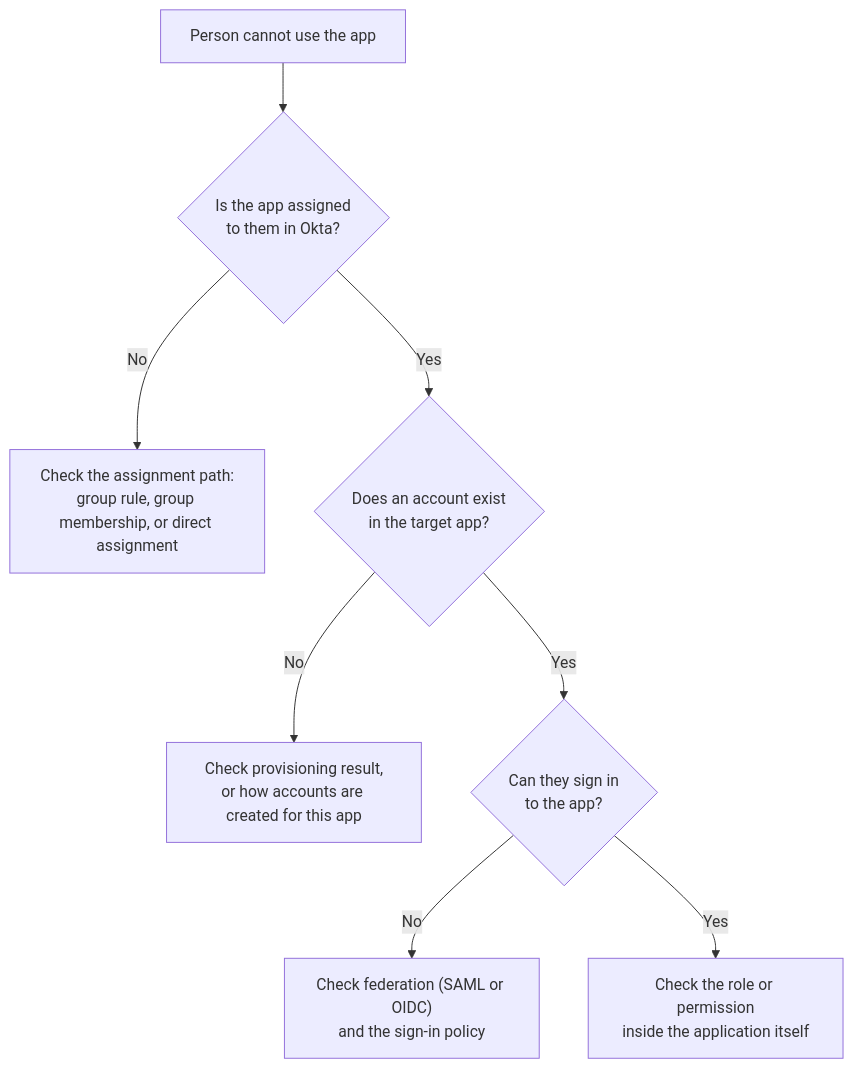
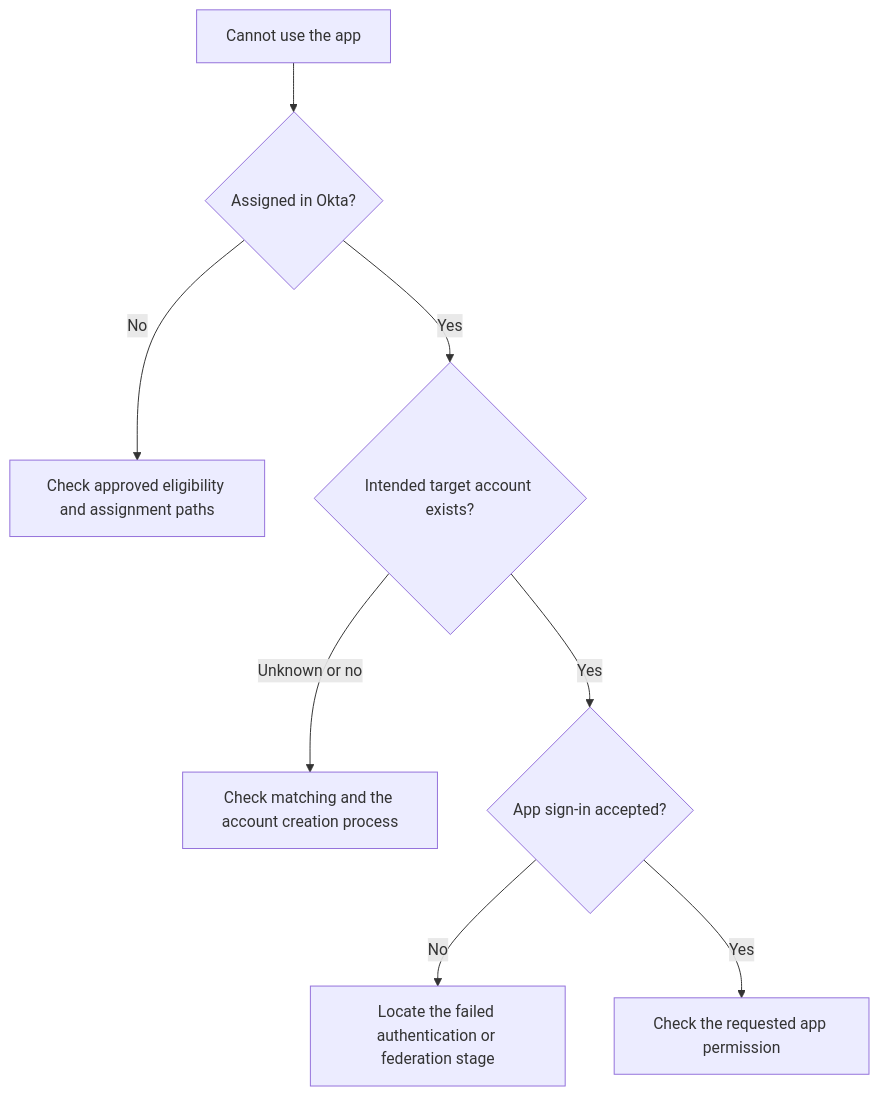
Before and after one commit to TedxHarry/Okta_Theory: the first of 7 diagrams in reference/troubleshooting-playbook.md, drawn with Mermaid. The commit also changed other lines of this file and 63 other files, not shown here.

Commit message:
Clarify course references and repair Pages navigation and diagrams

````diff
--- a/reference/troubleshooting-playbook.md
+++ b/reference/troubleshooting-playbook.md
@@ -22,10 +22,10 @@
 ```mermaid
 flowchart TD
-  S["Person cannot use the app"] --> Q1{"Is the app assigned<br/>to them in Okta?"}
-  Q1 -->|No| A1["Check the assignment path:<br/>group rule, group membership, or direct assignment"]
-  Q1 -->|Yes| Q2{"Does an account exist<br/>in the target app?"}
-  Q2 -->|No| A2["Check provisioning result,<br/>or how accounts are created for this app"]
-  Q2 -->|Yes| Q3{"Can they sign in<br/>to the app?"}
-  Q3 -->|No| A3["Check federation (SAML or OIDC)<br/>and the sign-in policy"]
-  Q3 -->|Yes| A4["Check the role or permission<br/>inside the application itself"]
+  S["Cannot use the app"] --> Q1{"Assigned in Okta?"}
+  Q1 -->|No| A1["Check approved eligibility and assignment paths"]
+  Q1 -->|Yes| Q2{"Intended target account exists?"}
+  Q2 -->|Unknown or no| A2["Check matching and the account creation process"]
+  Q2 -->|Yes| Q3{"App sign-in accepted?"}
+  Q3 -->|No| A3["Locate the failed authentication or federation stage"]
+  Q3 -->|Yes| A4["Check the requested app permission"]
 ```
````
